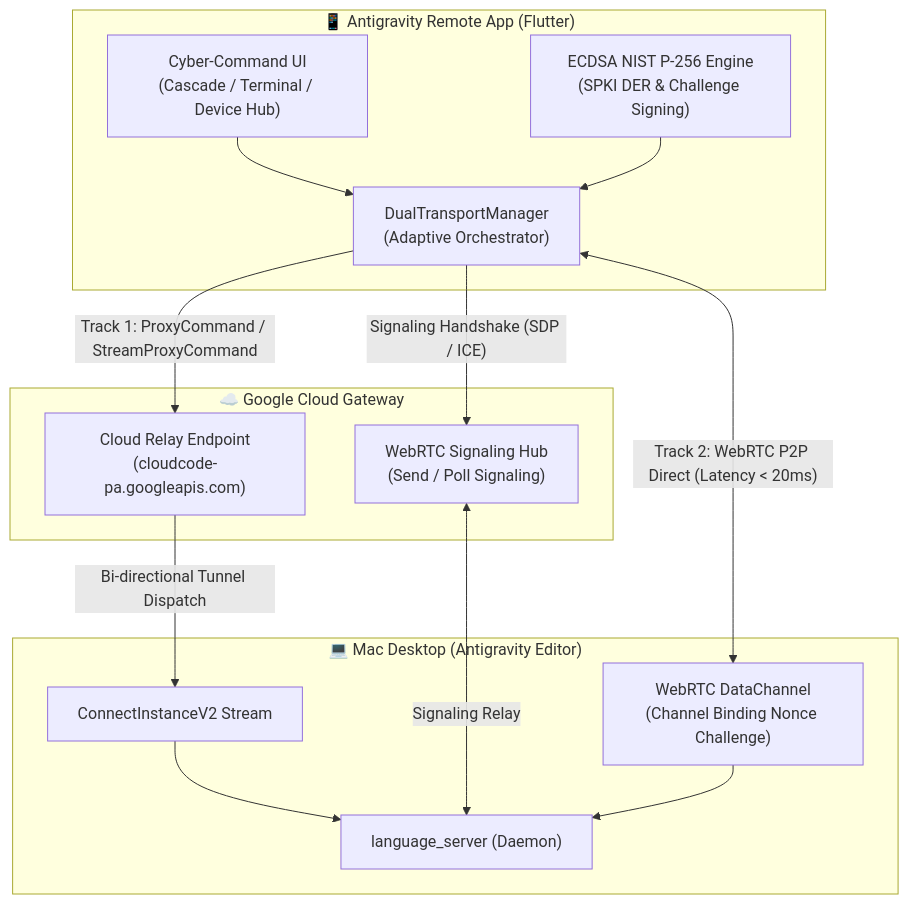
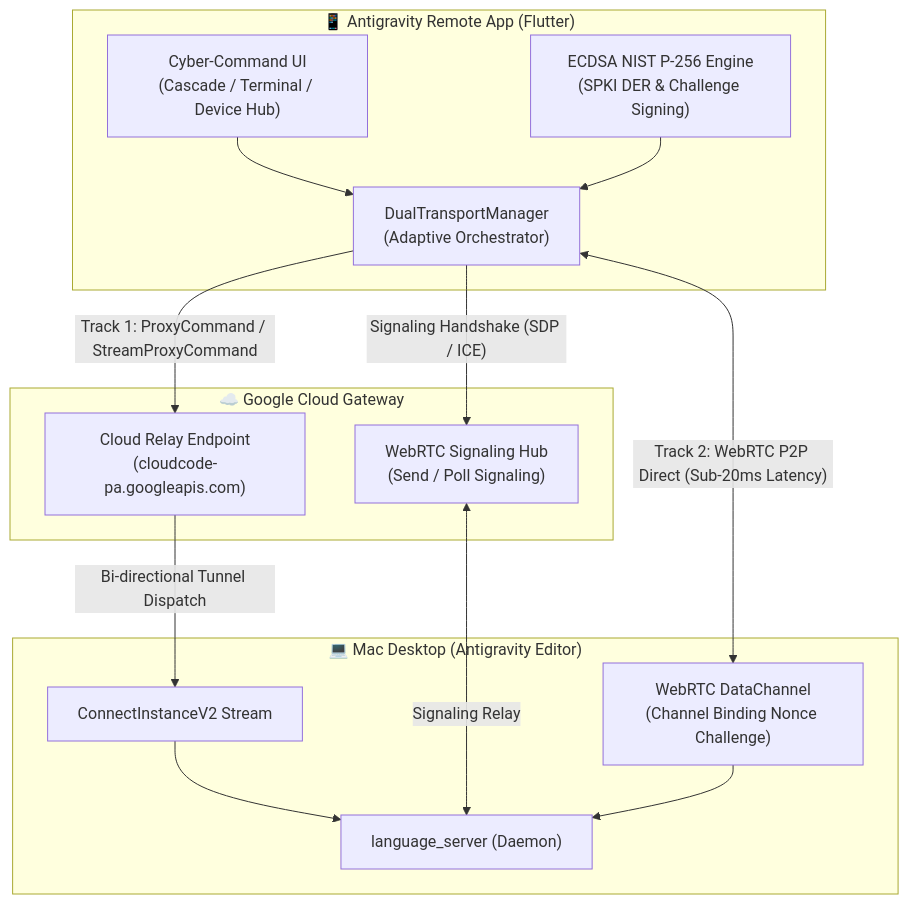
Before and after one commit to aa22396584/antigravity-remote: the third of 4 diagrams in README.md, drawn with Mermaid. The commit also changed other lines of this file and 9 other files, not shown here.

Commit message:
fix(docs): 修復目錄導航錨點、Mermaid 特殊字元與英文版層級，並更新高保真 Android 實機思考審批截圖

````diff
--- a/README.md
+++ b/README.md
@@ -312,31 +313,31 @@
 ```mermaid
 flowchart TD
     subgraph Client ["📱 Antigravity Remote App (Flutter)"]
         UI["Cyber-Command UI<br/>(Cascade / Terminal / Device Hub)"]
         DTM["DualTransportManager<br/>(Adaptive Orchestrator)"]
         Crypto["ECDSA NIST P-256 Engine<br/>(SPKI DER &amp; Challenge Signing)"]
         UI --> DTM
         Crypto --> DTM
     end
 
     subgraph Cloud ["☁️ Google Cloud Gateway"]
         Relay["Cloud Relay Endpoint<br/>(cloudcode-pa.googleapis.com)"]
         Signal["WebRTC Signaling Hub<br/>(Send / Poll Signaling)"]
     end
 
     subgraph Host ["💻 Mac Desktop (Antigravity Editor)"]
         LS["language_server (Daemon)"]
         P2PChannel["WebRTC DataChannel<br/>(Channel Binding Nonce Challenge)"]
         InboundRPC["ConnectInstanceV2 Stream"]
     end
 
     DTM -->|"Track 1: ProxyCommand / StreamProxyCommand"| Relay
     Relay -->|"Bi-directional Tunnel Dispatch"| InboundRPC
     InboundRPC --> LS
 
     DTM -->|"Signaling Handshake (SDP / ICE)"| Signal
     Signal <-->|"Signaling Relay"| LS
 
-    DTM <-->|"Track 2: WebRTC P2P Direct (Latency &lt; 20ms)"| P2PChannel
+    DTM <-->|"Track 2: WebRTC P2P Direct (Sub-20ms Latency)"| P2PChannel
     P2PChannel --> LS
 ```
````
